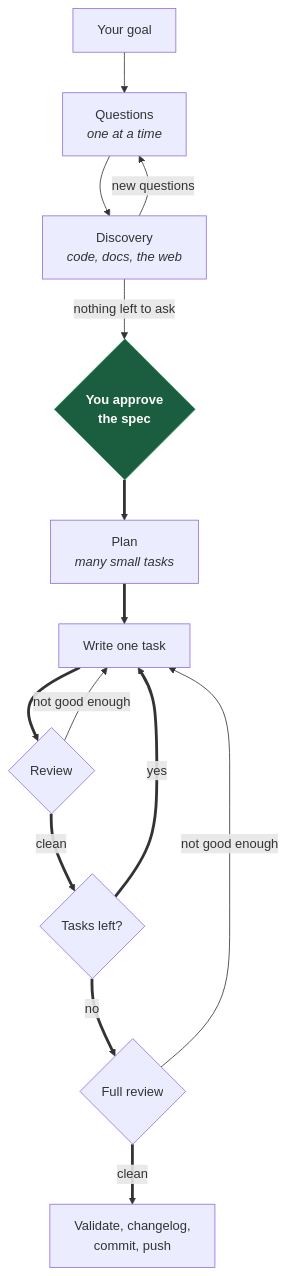
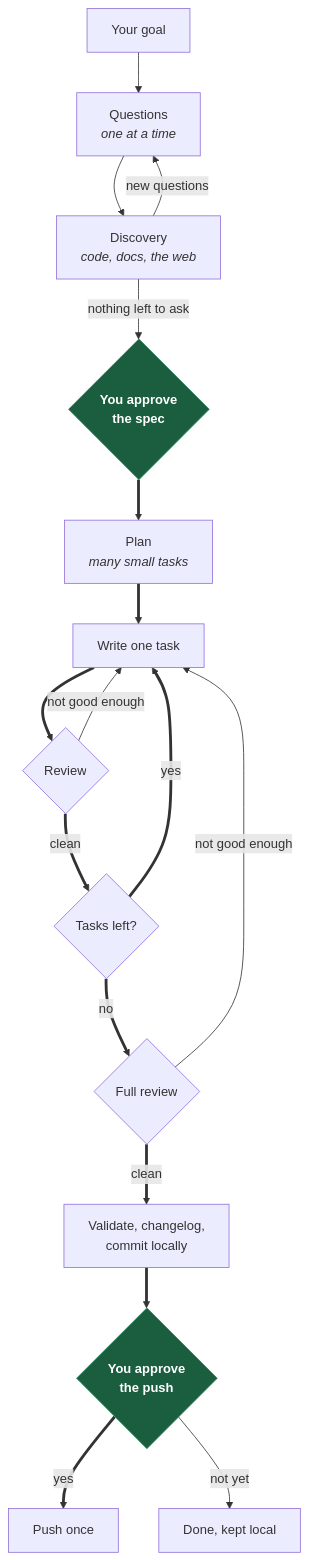
The diagram in README.md (anthonydaros/my-plan-claude-plugin), drawn with Mermaid before and after one commit. The commit also changed other lines of this file and 4 other files, not shown here.

First line of the commit message:
Gate the push on the user, and scan every commit for secrets

````diff
--- a/README.md
+++ b/README.md
@@ -72,21 +72,24 @@
 ```mermaid
 flowchart TD
     A["Your goal"] --> B["Questions<br/><i>one at a time</i>"]
     B --> D["Discovery<br/><i>code, docs, the web</i>"]
     D -->|"new questions"| B
     D -->|"nothing left to ask"| C{"You approve<br/>the spec"}
 
     C ==> P["Plan<br/><i>many small tasks</i>"]
     P ==> T["Write one task"]
     T ==> R{"Review"}
     R -->|"not good enough"| T
     R ==>|"clean"| M{"Tasks left?"}
     M ==>|"yes"| T
 
     M ==>|"no"| F{"Full review"}
     F -->|"not good enough"| T
-    F ==>|"clean"| S["Validate, changelog,<br/>commit, push"]
+    F ==>|"clean"| S["Validate, changelog,<br/>commit locally"]
+    S ==> PG{"You approve<br/>the push"}
+    PG ==>|"yes"| PUSH["Push once"]
+    PG -->|"not yet"| LOCAL["Done, kept local"]
 
     classDef gate fill:#1b5e3f,stroke:#2d8a5f,color:#fff,font-weight:bold
-    class C gate
+    class C,PG gate
 ```
````
